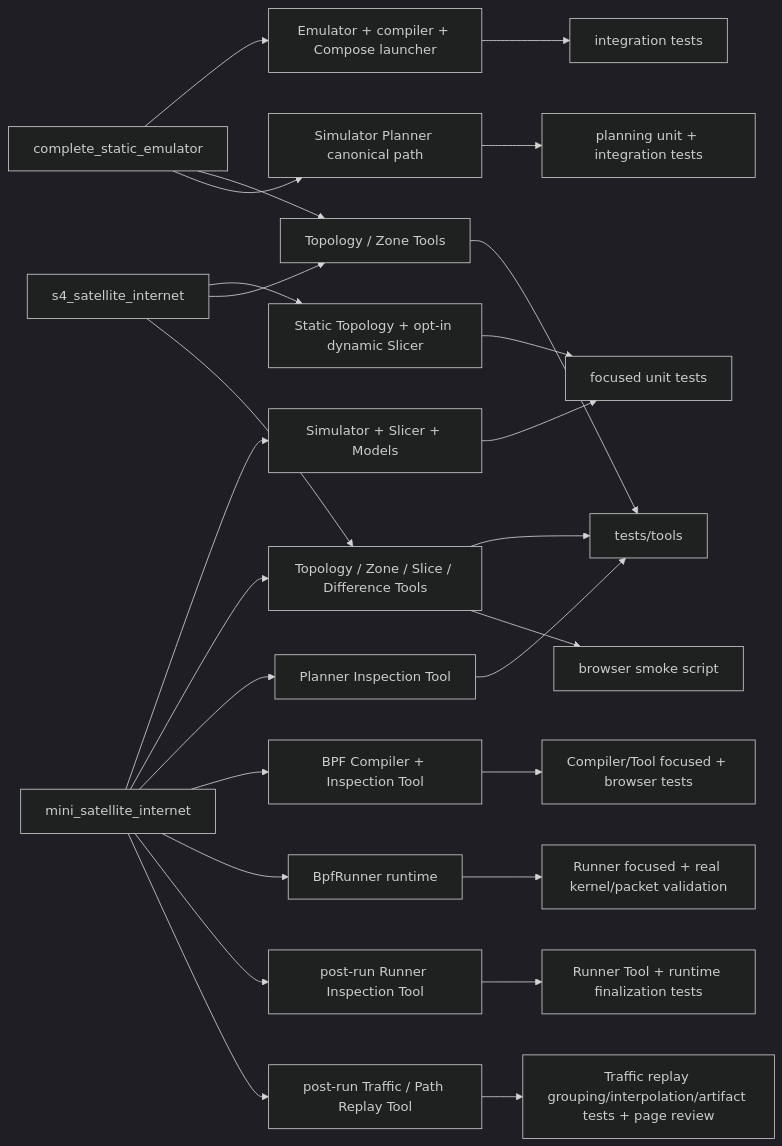
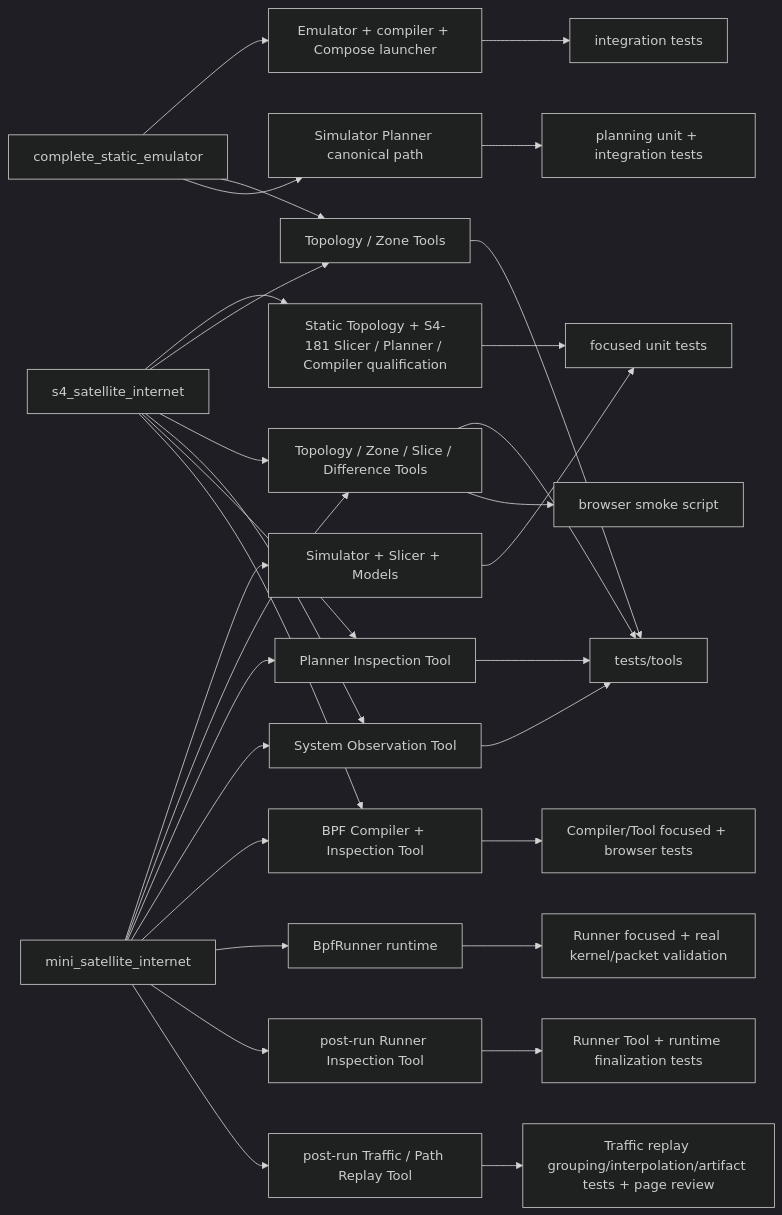
The diagram in skyseed_v2/docs/human-readable/traceability-map.md (seed-labs/skyseed), drawn with Mermaid (dark theme) before and after one commit. The commit also changed other lines of this file and 79 other files, not shown here.

Commit message:
feat: complete s4 planner compiler scale stage

````diff
--- a/skyseed_v2/docs/human-readable/traceability-map.md
+++ b/skyseed_v2/docs/human-readable/traceability-map.md
@@ -7,28 +7,33 @@
 ```mermaid
 flowchart LR
     CE["complete_static_emulator"] --> EM["Emulator + compiler + Compose launcher"]
     CE --> TZ["Topology / Zone Tools"]
     CE --> PL["Simulator Planner canonical path"]
     DN["mini_satellite_internet"] --> DS["Simulator + Slicer + Models"]
     DN --> DT["Topology / Zone / Slice / Difference Tools"]
     DN --> PT["Planner Inspection Tool"]
+    DN --> OT["System Observation Tool"]
     DN --> BT["BPF Compiler + Inspection Tool"]
     DN --> BR["BpfRunner runtime"]
     DN --> RI["post-run Runner Inspection Tool"]
     DN --> TR["post-run Traffic / Path Replay Tool"]
-    S4["s4_satellite_internet"] --> S4S["Static Topology + opt-in dynamic Slicer"]
+    S4["s4_satellite_internet"] --> S4S["Static Topology + S4-181 Slicer / Planner / Compiler qualification"]
     S4 --> TZ
     S4 --> DT
+    S4 --> OT
+    S4 --> PT
+    S4 --> BT
     EM --> ITEST["integration tests"]
     DS --> UTEST["focused unit tests"]
     S4S --> UTEST
     PL --> PTEST["planning unit + integration tests"]
     TZ --> TTEST["tests/tools"]
     DT --> TTEST
     DT --> BROWSER["browser smoke script"]
     PT --> TTEST
+    OT --> TTEST
     BT --> BTEST["Compiler/Tool focused + browser tests"]
     BR --> RTEST["Runner focused + real kernel/packet validation"]
     RI --> RITEST["Runner Tool + runtime finalization tests"]
     TR --> TRTEST["Traffic replay grouping/interpolation/artifact tests + page review"]
 ```
````
